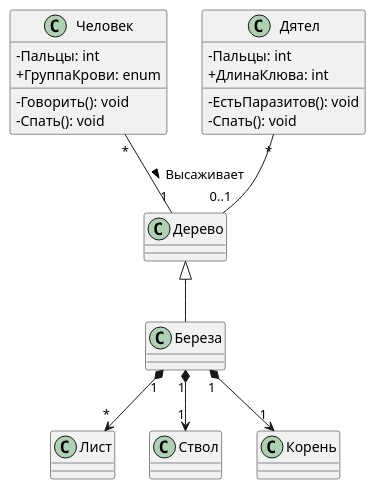
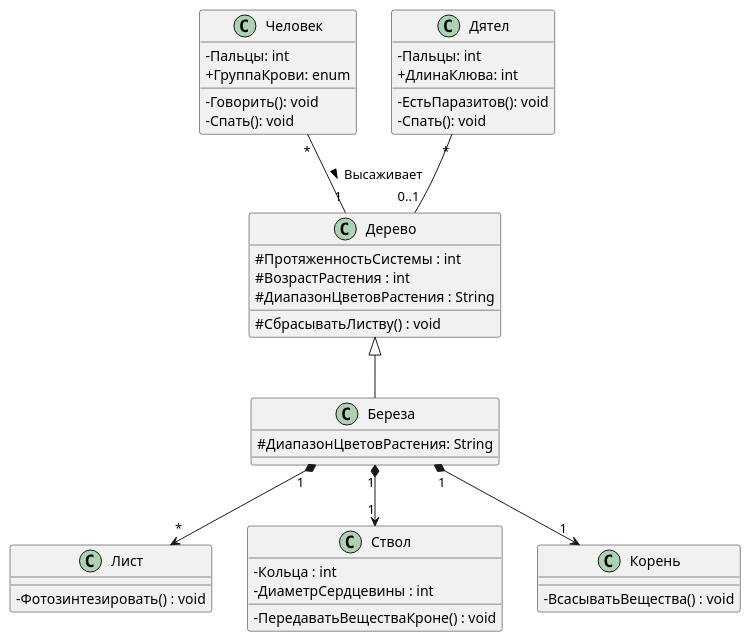
One commit to PopkovAYu/Notes changed the first of 2 diagrams in Notes/Notes/Системная аналитика/Курсы от нетологии/Раздел 3. Анализ требований/Домашнее задание по диаграмме классов.md. Above: the diagram before and after it, drawn with PlantUML. The commit also changed other lines of this file, not shown here.

````diff
--- a/Notes/Notes/Системная аналитика/Курсы от нетологии/Раздел 3. Анализ требований/Домашнее задание по диаграмме классов.md
+++ b/Notes/Notes/Системная аналитика/Курсы от нетологии/Раздел 3. Анализ требований/Домашнее задание по диаграмме классов.md
@@ -74,28 +74,53 @@
 ```plantuml
 @startuml
 skinparam classAttributeIconSize 0
 
 class Человек {
 	-Пальцы: int
 	+ГруппаКрови: enum
 	-Говорить(): void
 	-Спать(): void
 }
 
 class Дятел {
 	-Пальцы: int
 	+ДлинаКлюва: int
 	-ЕстьПаразитов(): void
 	-Спать(): void
 }
 
+class Дерево {
+	#ПротяженностьСистемы : int
+	#ВозрастРастения : int
+	#ДиапазонЦветовРастения : String
+	#СбрасыватьЛиству() : void
+}
+
+class Береза {
+	#ДиапазонЦветовРастения: String
+}
+
+class Лист {
+	-Фотозинтезировать() : void
+}
+
+class Ствол {
+	-Кольца : int
+	-ДиаметрСердцевины : int
+	-ПередаватьВеществаКроне() : void 
+}
+
+class Корень {
+	-ВсасыватьВещества() : void
+}
+
 Человек "*" -- "1" Дерево: Высаживает >
 Дятел "*" -- "0..1" Дерево
 Дерево <|-- Береза
 Береза "1" *--> "*" Лист
 Береза "1" *--> "1" Ствол
 Береза "1" *--> "1" Корень
 
 
 @enduml
 ```
````
